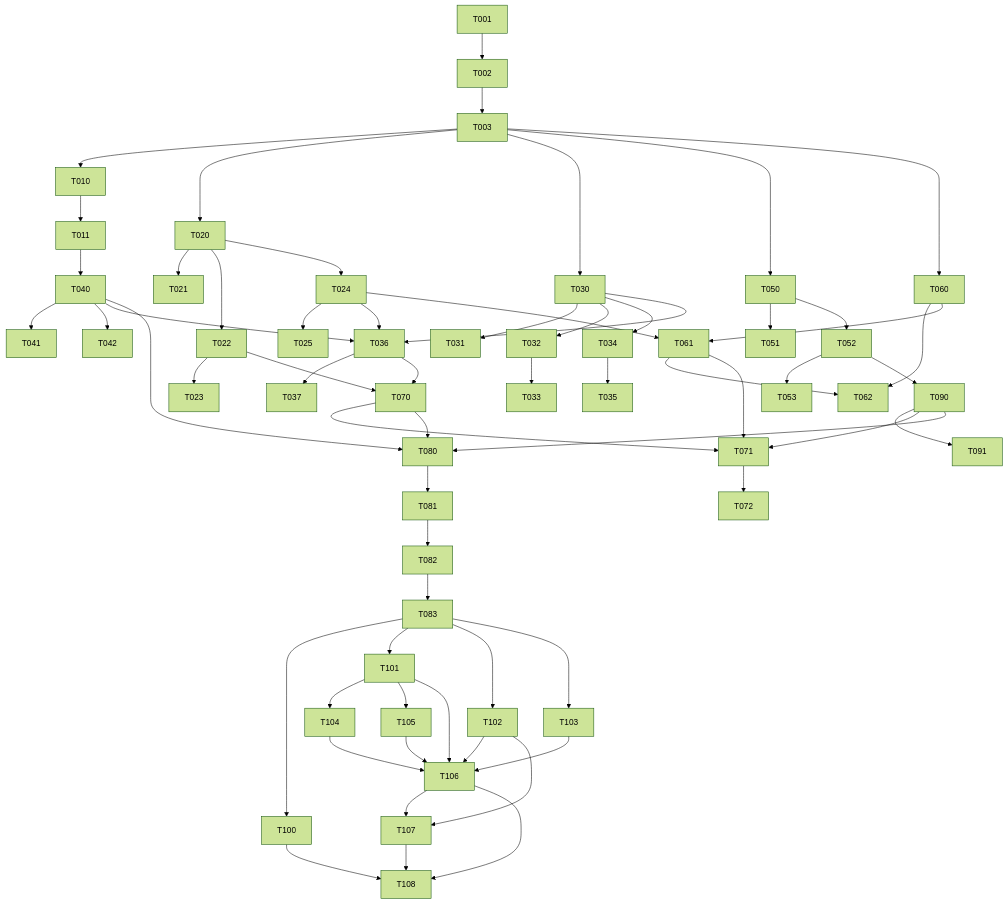
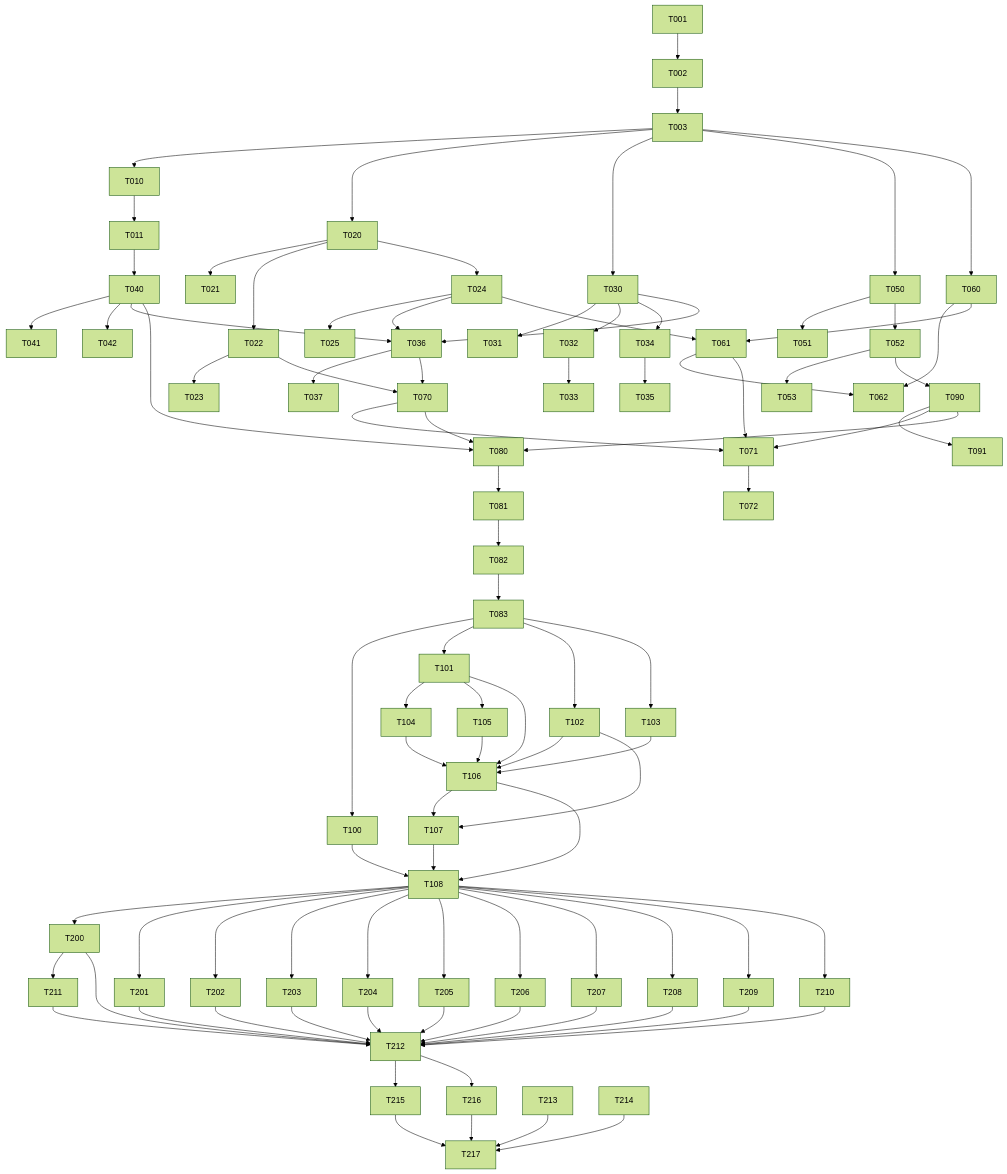
One commit to cataIystdev/catalib changed the diagram in docs/plans/task-plan.md. Above: the diagram before and after it, drawn with Mermaid (forest theme). The commit also changed other lines of this file and 1 other file, not shown here.

````diff
--- a/docs/plans/task-plan.md
+++ b/docs/plans/task-plan.md
@@ -577,43 +827,50 @@
 ```mermaid
 graph TD
   T001 --> T002 --> T003
   T003 --> T010 --> T011 --> T040 --> T041
   T040 --> T042
   T003 --> T020 --> T021
   T020 --> T022 --> T023
   T020 --> T024 --> T025
   T003 --> T030 --> T031
   T030 --> T032 --> T033
   T030 --> T034 --> T035
   T030 --> T036 --> T037
   T040 --> T036
   T024 --> T036
   T003 --> T050 --> T051
   T050 --> T052 --> T053
   T003 --> T060 --> T062
   T060 --> T061 --> T062
   T024 --> T061
   T022 --> T070
   T036 --> T070 --> T071 --> T072
   T061 --> T071
   T052 --> T090 --> T091
   T090 --> T071
   T070 --> T080
   T090 --> T080
   T040 --> T080
   T080 --> T081
   T081 --> T082 --> T083
   T083 --> T100
   T083 --> T101 --> T104
   T101 --> T105
   T101 --> T106
   T083 --> T102 --> T106
   T083 --> T103 --> T106
   T104 --> T106
   T105 --> T106
   T102 --> T107
   T106 --> T107
   T100 --> T108
   T106 --> T108
   T107 --> T108
+  T108 --> T200 & T201 & T202 & T203 & T204 & T205 & T206 & T207 & T208 & T209 & T210
+  T200 --> T211
+  T200 & T201 & T202 & T203 & T204 & T205 & T206 & T207 & T208 & T209 & T210 & T211 --> T212
+  T212 --> T215 --> T217
+  T212 --> T216 --> T217
+  T213 --> T217
+  T214 --> T217
 ```
````
